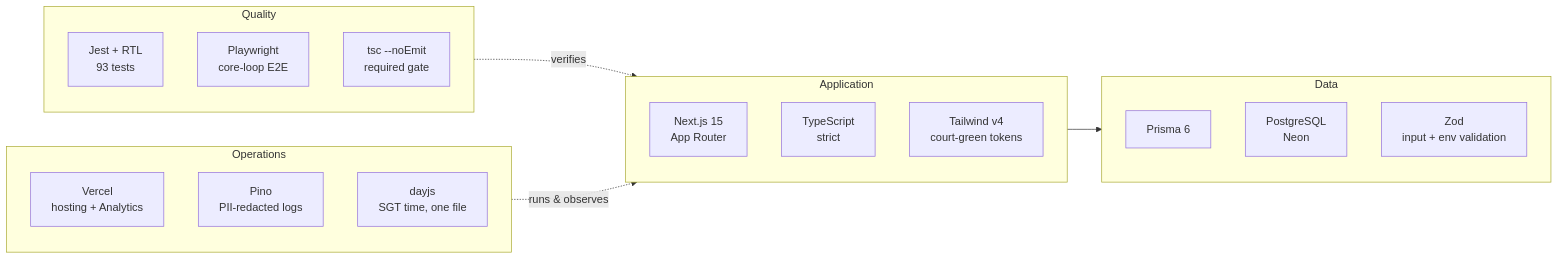
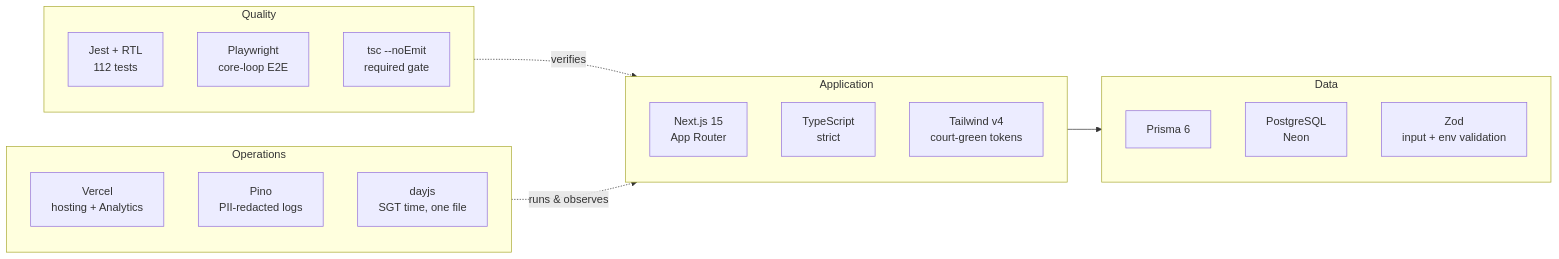
One commit to lcjj346/BadmintonCourts changed the first of 3 diagrams in docs/DEVELOPMENT.md. Above: the diagram before and after it, drawn with Mermaid. The commit also changed other lines of this file and 21 other files, not shown here.

````diff
--- a/docs/DEVELOPMENT.md
+++ b/docs/DEVELOPMENT.md
@@ -23,26 +23,26 @@
 ```mermaid
 flowchart LR
     subgraph app ["Application"]
         NEXT["Next.js 15<br/>App Router"]
         TS["TypeScript<br/>strict"]
         TW["Tailwind v4<br/>court-green tokens"]
     end
     subgraph data ["Data"]
         PRISMA["Prisma 6"]
         PG["PostgreSQL<br/>Neon"]
         ZOD["Zod<br/>input + env validation"]
     end
     subgraph quality ["Quality"]
-        JEST["Jest + RTL<br/>93 tests"]
+        JEST["Jest + RTL<br/>112 tests"]
         PW["Playwright<br/>core-loop E2E"]
         TSC["tsc --noEmit<br/>required gate"]
     end
     subgraph ops ["Operations"]
         VERCEL["Vercel<br/>hosting + Analytics"]
         PINO["Pino<br/>PII-redacted logs"]
         DAYJS["dayjs<br/>SGT time, one file"]
     end
     app --> data
     quality -.verifies.-> app
     ops -.runs & observes.-> app
 ```
````
